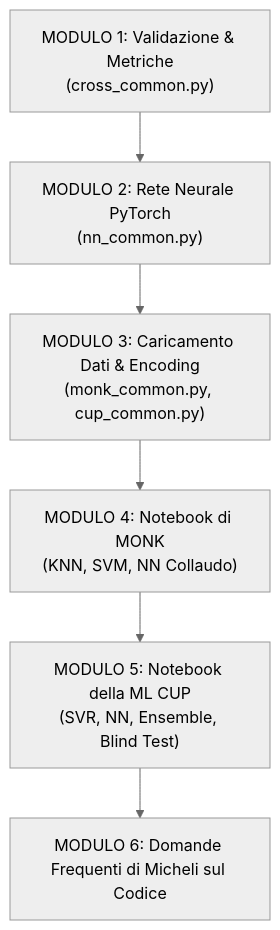
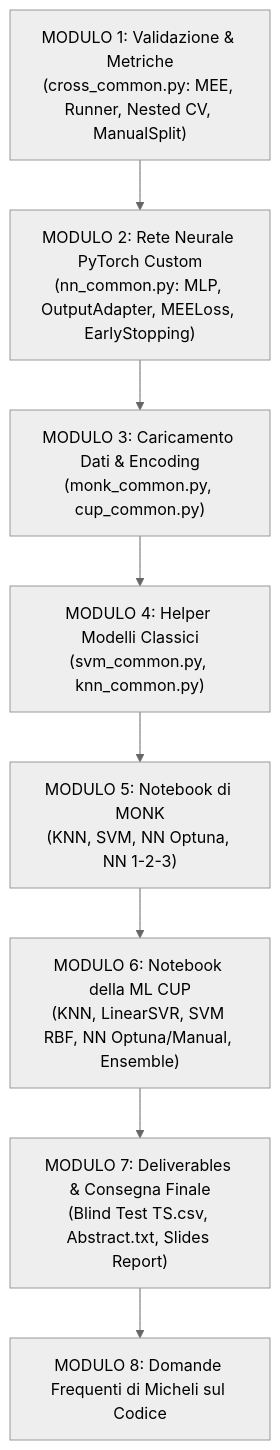
One commit to Borbico/Machine_Learning_Melaccio changed the diagram in GUIDA_CODICE_PROGETTO.md. Above: the diagram before and after it, drawn with Mermaid (neutral theme). The commit also changed other lines of this file, not shown here.

Commit message:
Updated GUIDA_CODICE_PROGETTO.md with all final code features, ManualSplitStrategy, helper modules and deliverables

````diff
--- a/GUIDA_CODICE_PROGETTO.md
+++ b/GUIDA_CODICE_PROGETTO.md
@@ -7,8 +7,10 @@
 ```mermaid
 flowchart TD
-    M1["MODULO 1: Validazione & Metriche\n(cross_common.py)"] --> M2["MODULO 2: Rete Neurale PyTorch\n(nn_common.py)"]
+    M1["MODULO 1: Validazione & Metriche\n(cross_common.py: MEE, Runner, Nested CV, ManualSplit)"] --> M2["MODULO 2: Rete Neurale PyTorch Custom\n(nn_common.py: MLP, OutputAdapter, MEELoss, EarlyStopping)"]
     M2 --> M3["MODULO 3: Caricamento Dati & Encoding\n(monk_common.py, cup_common.py)"]
-    M3 --> M4["MODULO 4: Notebook di MONK\n(KNN, SVM, NN Collaudo)"]
-    M4 --> M5["MODULO 5: Notebook della ML CUP\n(SVR, NN, Ensemble, Blind Test)"]
-    M5 --> M6["MODULO 6: Domande Frequenti di Micheli sul Codice"]
+    M3 --> M4["MODULO 4: Helper Modelli Classici\n(svm_common.py, knn_common.py)"]
+    M4 --> M5["MODULO 5: Notebook di MONK\n(KNN, SVM, NN Optuna, NN 1-2-3)"]
+    M5 --> M6["MODULO 6: Notebook della ML CUP\n(KNN, LinearSVR, SVM RBF, NN Optuna/Manual, Ensemble)"]
+    M6 --> M7["MODULO 7: Deliverables & Consegna Finale\n(Blind Test TS.csv, Abstract.txt, Slides Report)"]
+    M7 --> M8["MODULO 8: Domande Frequenti di Micheli sul Codice"]
 ```
````
